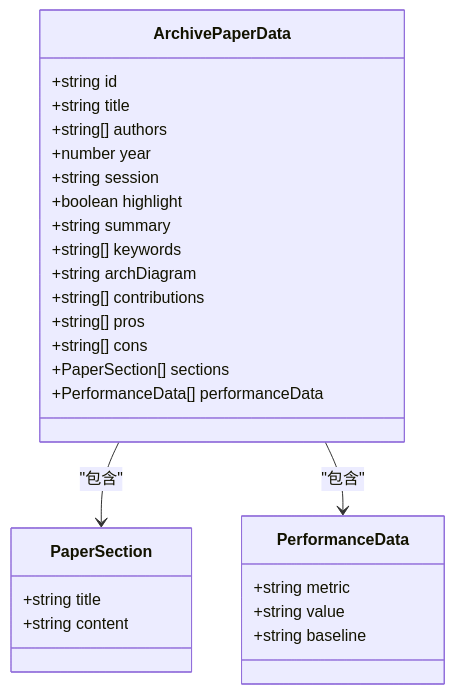
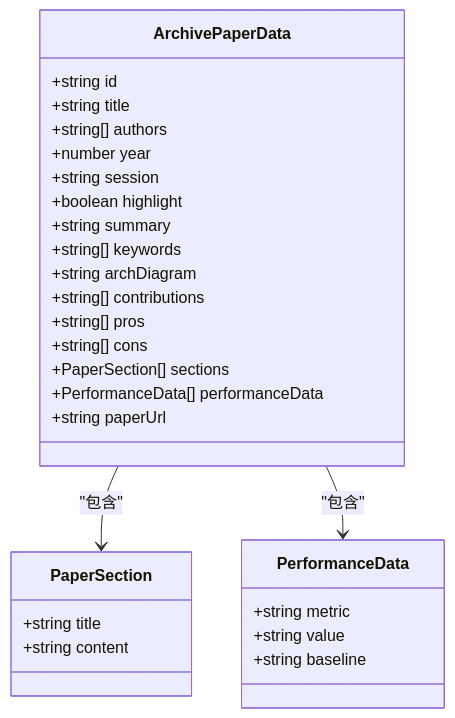
One commit to erikliu123/storage_ai_blog changed the tenth of 18 diagrams in .qoder/repowiki/zh/content/数据模型/数据模型.md. Above: the diagram before and after it, drawn with Mermaid. The commit also changed other lines of this file and 61 other files, not shown here.

````diff
--- a/.qoder/repowiki/zh/content/数据模型/数据模型.md
+++ b/.qoder/repowiki/zh/content/数据模型/数据模型.md
@@ -506,30 +547,31 @@
 ```mermaid
 classDiagram
 class ArchivePaperData {
 +string id
 +string title
 +string[] authors
 +number year
 +string session
 +boolean highlight
 +string summary
 +string[] keywords
 +string archDiagram
 +string[] contributions
 +string[] pros
 +string[] cons
 +PaperSection[] sections
 +PerformanceData[] performanceData
++string paperUrl
 }
 class PaperSection {
 +string title
 +string content
 }
 class PerformanceData {
 +string metric
 +string value
 +string baseline
 }
 ArchivePaperData --> PaperSection : "包含"
 ArchivePaperData --> PerformanceData : "包含"
 ```
````
